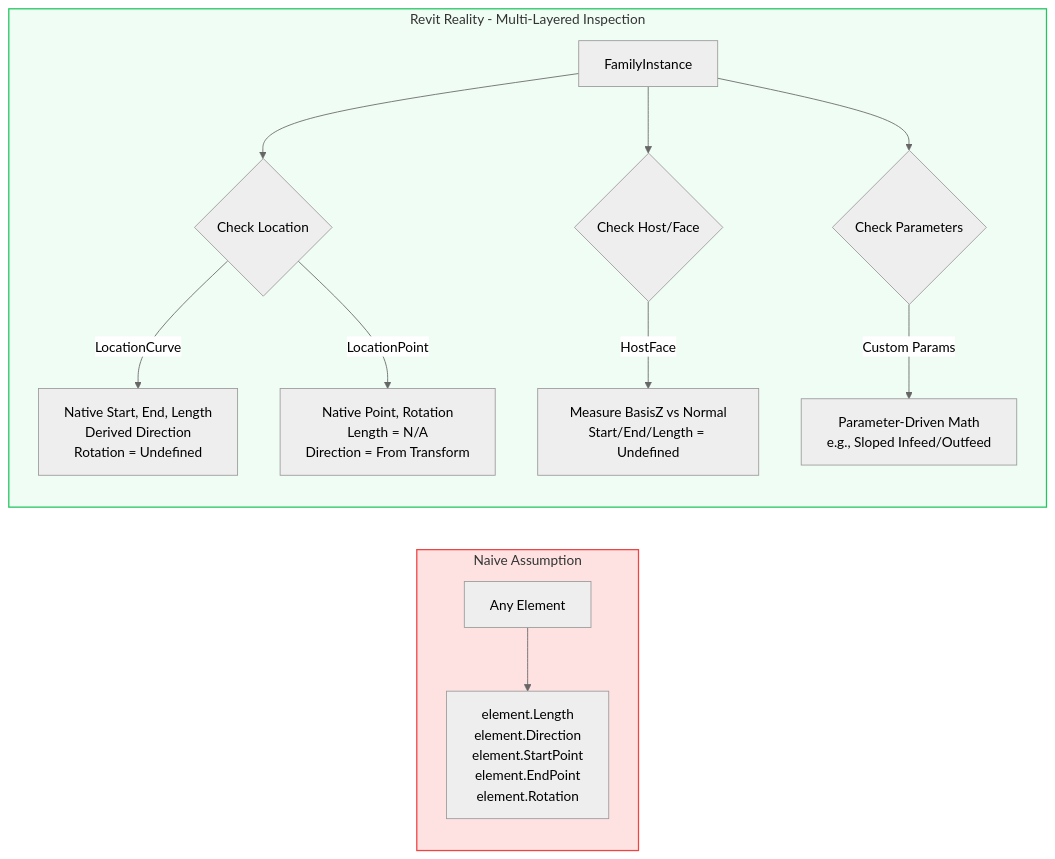
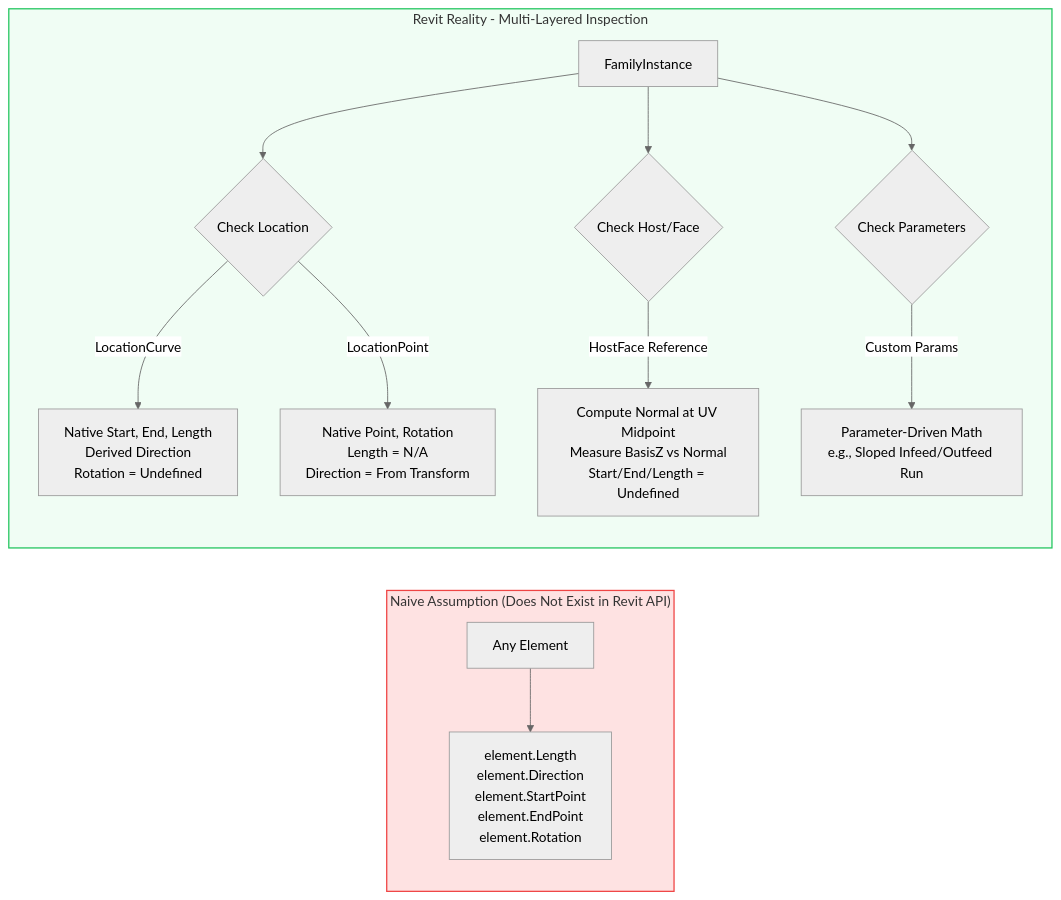
The third of 21 diagrams in RevitApiSamples/Samples/TransformModule/TransformModule.md (Mustafa-TOMMY/CommandSamplesRevitApiVer2025), drawn with Mermaid (neutral theme) before and after one commit. The commit also changed other lines of this file, not shown here.

Commit message:
Update mermaid file

````diff
--- a/RevitApiSamples/Samples/TransformModule/TransformModule.md
+++ b/RevitApiSamples/Samples/TransformModule/TransformModule.md
@@ -75,19 +73,19 @@
 ```mermaid
 flowchart LR
-    subgraph Naive["Naive Assumption"]
+    subgraph Naive["Naive Assumption (Does Not Exist in Revit API)"]
         N1["Any Element"] --> N2["element.Length<br/>element.Direction<br/>element.StartPoint<br/>element.EndPoint<br/>element.Rotation"]
     end
 
     subgraph Reality["Revit Reality - Multi-Layered Inspection"]
         R1["FamilyInstance"] --> R2{"Check Location"}
         R2 -->|LocationCurve| RC["Native Start, End, Length<br/>Derived Direction<br/>Rotation = Undefined"]
         R2 -->|LocationPoint| RP["Native Point, Rotation<br/>Length = N/A<br/>Direction = From Transform"]
         R1 --> R3{"Check Host/Face"}
-        R3 -->|HostFace| RF["Measure BasisZ vs Normal<br/>Start/End/Length = Undefined"]
+        R3 -->|HostFace Reference| RF["Compute Normal at UV Midpoint<br/>Measure BasisZ vs Normal<br/>Start/End/Length = Undefined"]
         R1 --> R4{"Check Parameters"}
-        R4 -->|Custom Params| RM["Parameter-Driven Math<br/>e.g., Sloped Infeed/Outfeed"]
+        R4 -->|Custom Params| RM["Parameter-Driven Math<br/>e.g., Sloped Infeed/Outfeed Run"]
     end
 
     style Naive fill:#fee2e2,stroke:#ef4444,stroke-width:1.5px
     style Reality fill:#f0fdf4,stroke:#22c55e,stroke-width:1.5px
 ```
````
